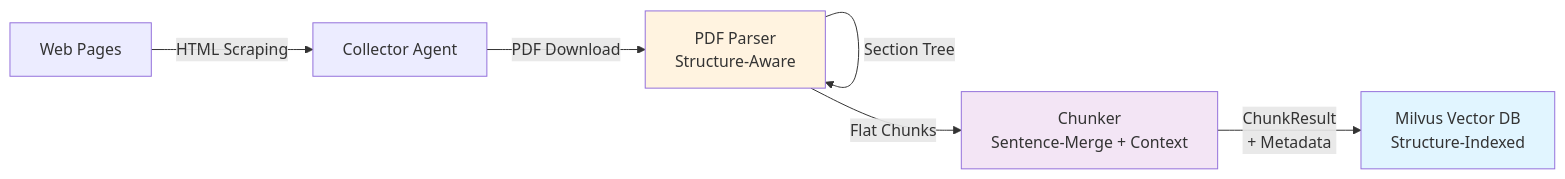
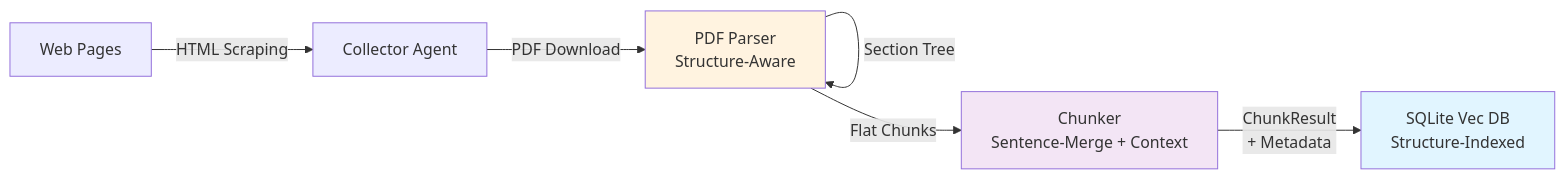
Before and after one commit to Yatogaii/PersonalAcadamicAgent: the third of 3 diagrams in README.md, drawn with Mermaid. The commit also changed other lines of this file and 3 other files, not shown here.

````diff
--- a/README.md
+++ b/README.md
@@ -76,18 +76,18 @@
 ```mermaid
 graph LR
     Web["Web Pages"]
     Collector["Collector Agent"]
     Parser["PDF Parser<br/>Structure-Aware"]
     Chunker["Chunker<br/>Sentence-Merge + Context"]
-    RAG["Milvus Vector DB<br/>Structure-Indexed"]
+    RAG["SQLite Vec DB<br/>Structure-Indexed"]
     
     Web -->|HTML Scraping| Collector
     Collector -->|PDF Download| Parser
     Parser -->|Section Tree| Parser
     Parser -->|Flat Chunks| Chunker
     Chunker -->|ChunkResult<br/>+ Metadata| RAG
     
     style RAG fill:#e1f5ff
     style Parser fill:#fff3e0
     style Chunker fill:#f3e5f5
 ```
````
